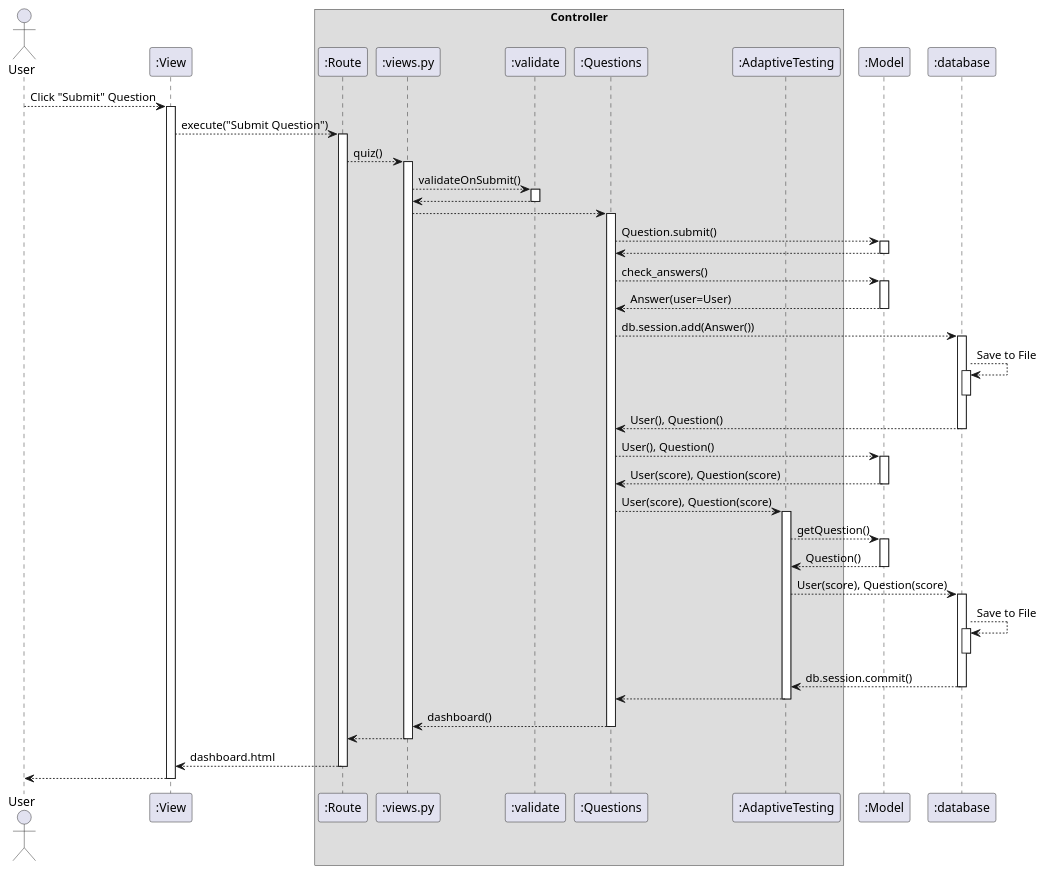
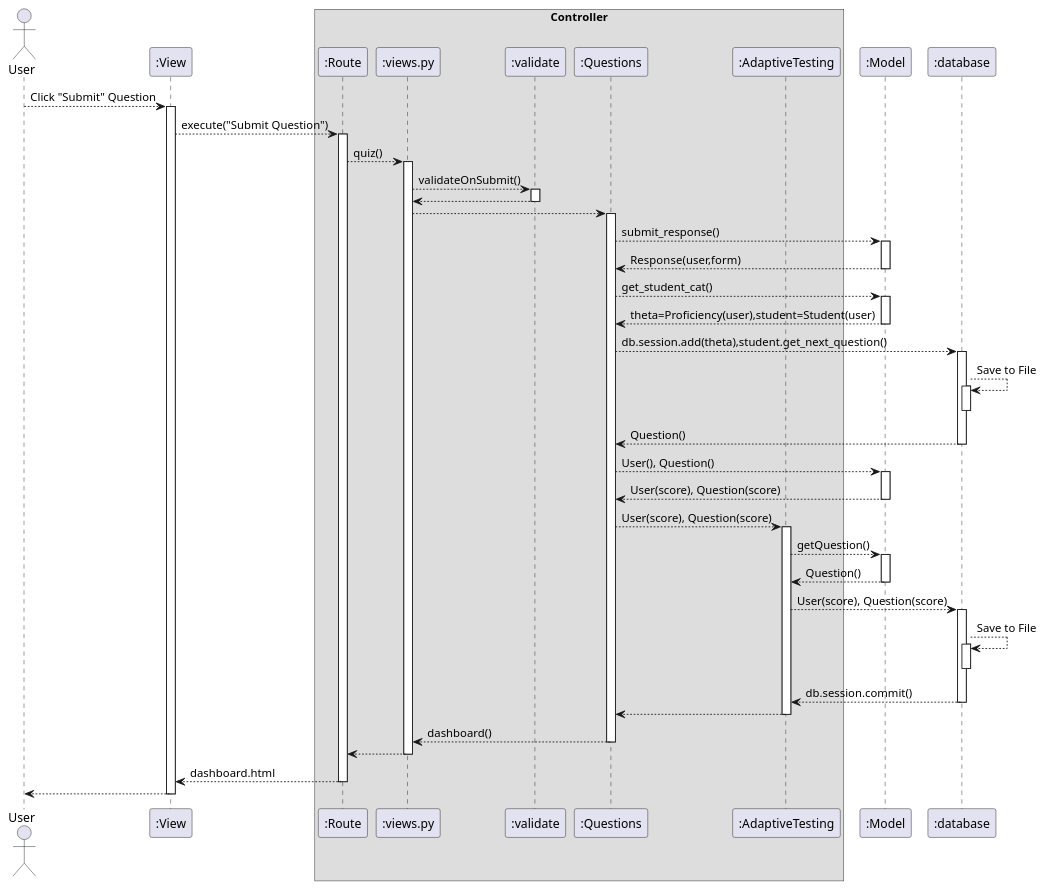
One commit to Orbital-Knewbie/Knewbie changed the diagram in docs/diagrams/QuizSequence.puml. Above: the diagram before and after it, drawn with PlantUML. The commit also changed 9 other files, not shown here.

```diff
--- a/docs/diagrams/QuizSequence.puml
+++ b/docs/diagrams/QuizSequence.puml
@@ -1,95 +1,95 @@
 @startuml
 Actor User as user
 Participant ":View" as view
 box Controller
 participant ":Route" as Route
 participant ":views.py" as views
 participant ":validate" as validate
 participant ":Questions" as qns
 participant ":AdaptiveTesting" as ML
 end box
 Participant ":Model" as model
 Participant ":database" as database
 
 
 user --> view : Click "Submit" Question
 activate view
 
 view --> Route : execute("Submit Question")
 activate Route
 
 Route --> views : quiz()
 activate views
 
 views --> validate : validateOnSubmit()
 activate validate
 
 validate --> views
 deactivate validate
 
 views --> qns
 activate qns
 
-qns --> model : Question.submit()
+qns --> model : submit_response()
 activate model
 
-model --> qns
+model --> qns : Response(user,form)
 deactivate model
 
-qns --> model : check_answers()
+qns --> model : get_student_cat()
 activate model
 
-model --> qns : Answer(user=User)
+model --> qns : theta=Proficiency(user),student=Student(user)
 deactivate model
 
-qns --> database : db.session.add(Answer())
+qns --> database : db.session.add(theta),student.get_next_question()
 activate database
 
 database --> database : Save to File
 activate database
 deactivate database
 
-database --> qns : User(), Question()
+database --> qns : Question()
 deactivate database
 
 qns --> model : User(), Question()
 activate model
 
 model --> qns : User(score), Question(score)
 deactivate model
 
 qns --> ML : User(score), Question(score)
 activate ML
 
 ML --> model : getQuestion()
 activate model
 
 model --> ML : Question()
 deactivate model
 
 ML --> database : User(score), Question(score)
 activate database
 
 database --> database : Save to File
 activate database
 deactivate database
 
 database --> ML : db.session.commit()
 deactivate database
 
 ML --> qns
 deactivate ML
 
 qns --> views : dashboard()
 deactivate qns
 
 views --> Route
 deactivate views
 
 Route --> view : dashboard.html
 deactivate Route
 
 view --> user
 deactivate view
 
 @enduml
```
